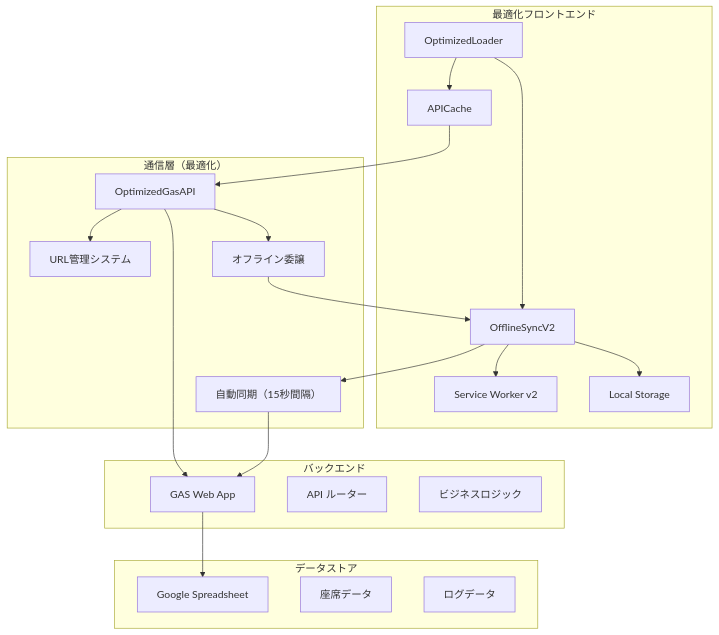
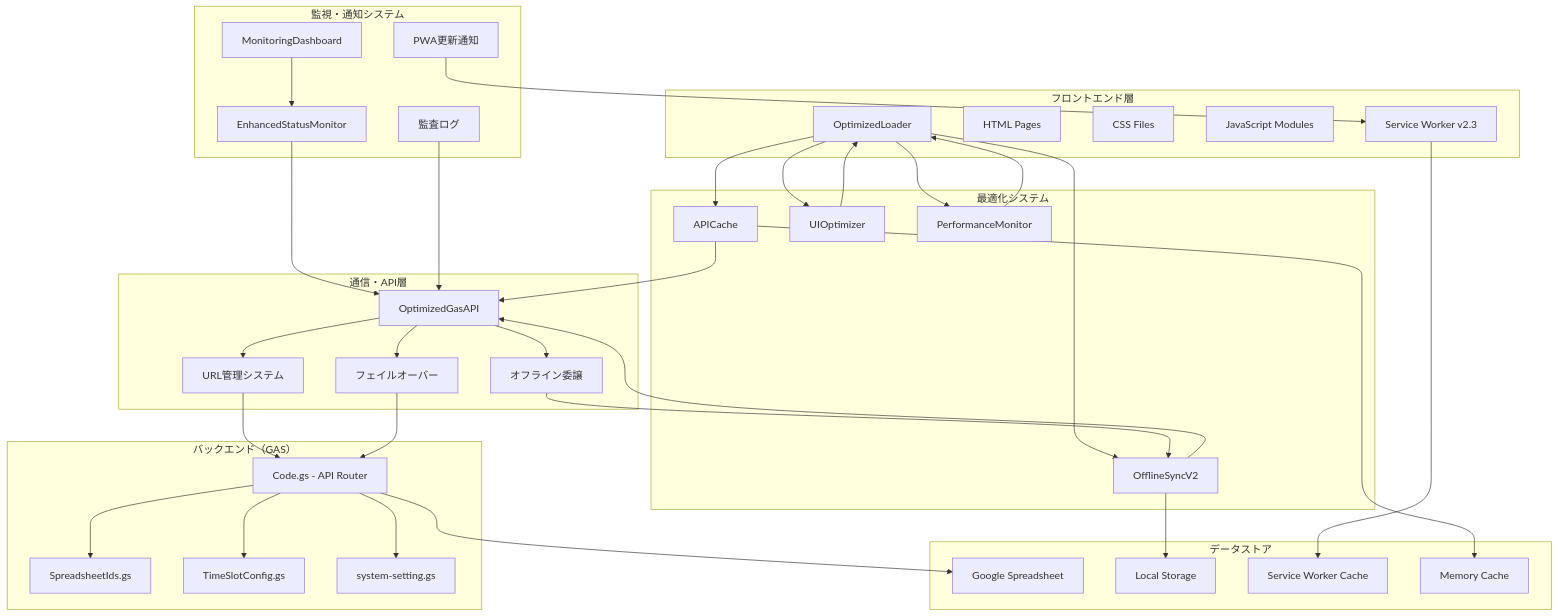
Before and after one commit to J105588/tickets: the first of 17 diagrams in README.md, drawn with Mermaid. The commit also changed other lines of this file and 1 other file, not shown here.

First line of the commit message:
Remove the Enhanced Monitoring README file and update the main README to include new features and improvements

````diff
--- a/README.md
+++ b/README.md
@@ -101,42 +133,71 @@
 ```mermaid
 graph TB
-  subgraph "最適化フロントエンド"
+  subgraph "フロントエンド層"
     A[OptimizedLoader]
-    B[OfflineSyncV2]
-    C[Service Worker v2]
-    D[APICache]
-    E[Local Storage]
+    B[HTML Pages]
+    C[CSS Files]
+    D[JavaScript Modules]
+    E[Service Worker v2.3]
   end
   
-  subgraph "通信層（最適化）"
-    F[OptimizedGasAPI]
-    G[URL管理システム]
-    H[オフライン委譲]
-    I[自動同期（15秒間隔）]
+  subgraph "最適化システム"
+    F[APICache]
+    G[UIOptimizer]
+    H[PerformanceMonitor]
+    I[OfflineSyncV2]
   end
   
-  subgraph "バックエンド"
-    J[GAS Web App]
-    K[API ルーター]
-    L[ビジネスロジック]
+  subgraph "通信・API層"
+    J[OptimizedGasAPI]
+    K[URL管理システム]
+    L[フェイルオーバー]
+    M[オフライン委譲]
+  end
+  
+  subgraph "監視・通知システム"
+    N[EnhancedStatusMonitor]
+    O[MonitoringDashboard]
+    P[PWA更新通知]
+    Q[監査ログ]
+  end
+  
+  subgraph "バックエンド（GAS）"
+    R[Code.gs - API Router]
+    S[SpreadsheetIds.gs]
+    T[TimeSlotConfig.gs]
+    U[system-setting.gs]
   end
   
   subgraph "データストア"
-    M[Google Spreadsheet]
-    N[座席データ]
-    O[ログデータ]
+    V[Google Spreadsheet]
+    W[Local Storage]
+    X[Service Worker Cache]
+    Y[Memory Cache]
   end
   
-  A --> B
-  A --> D
-  B --> C
-  B --> E
-  D --> F
-  F --> G
-  F --> H
-  H --> B
+  A --> F
+  A --> G
+  A --> H
+  A --> I
   F --> J
+  G --> A
+  H --> A
+  I --> J
+  J --> K
+  J --> L
   J --> M
-  B --> I
-  I --> J
+  K --> R
+  L --> R
+  M --> I
+  N --> J
+  O --> N
+  P --> E
+  Q --> J
+  R --> S
+  R --> T
+  R --> U
+  R --> V
+  I --> W
+  E --> X
+  F --> Y
 ```
````
